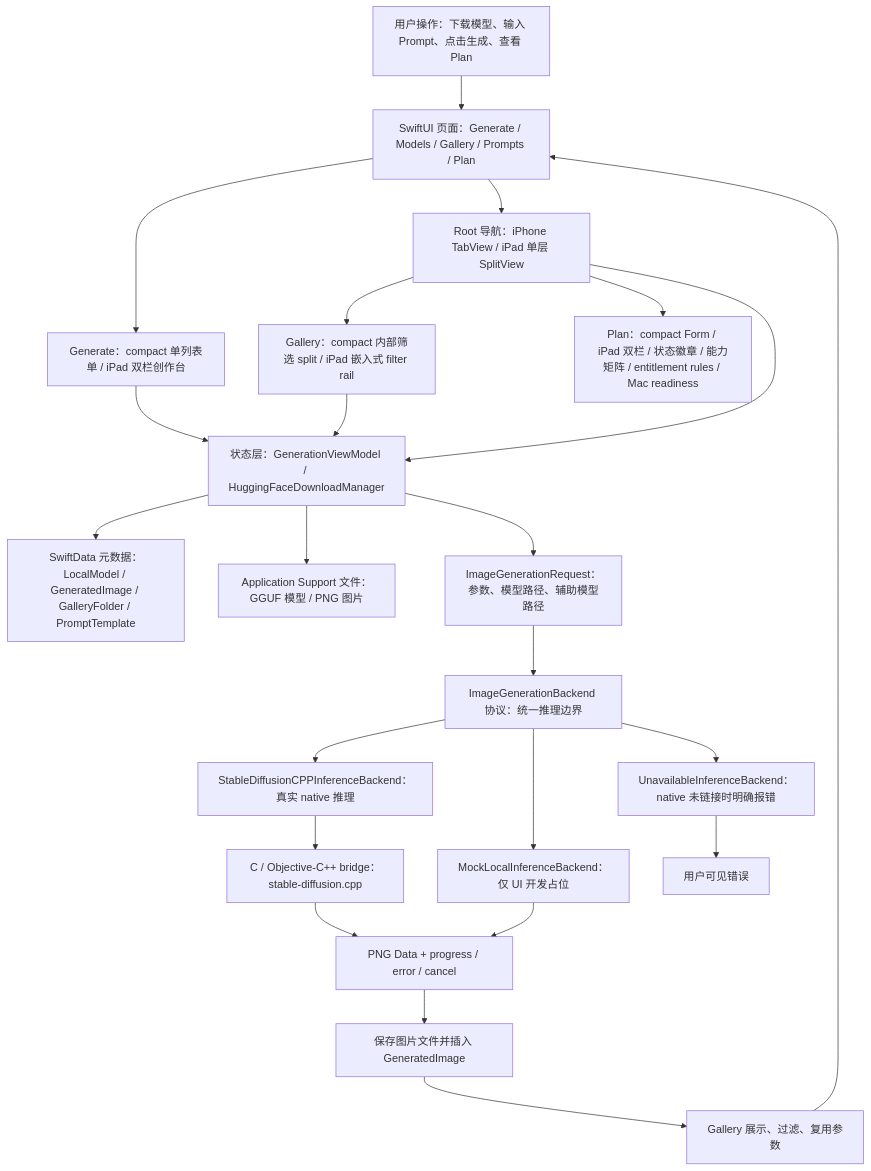
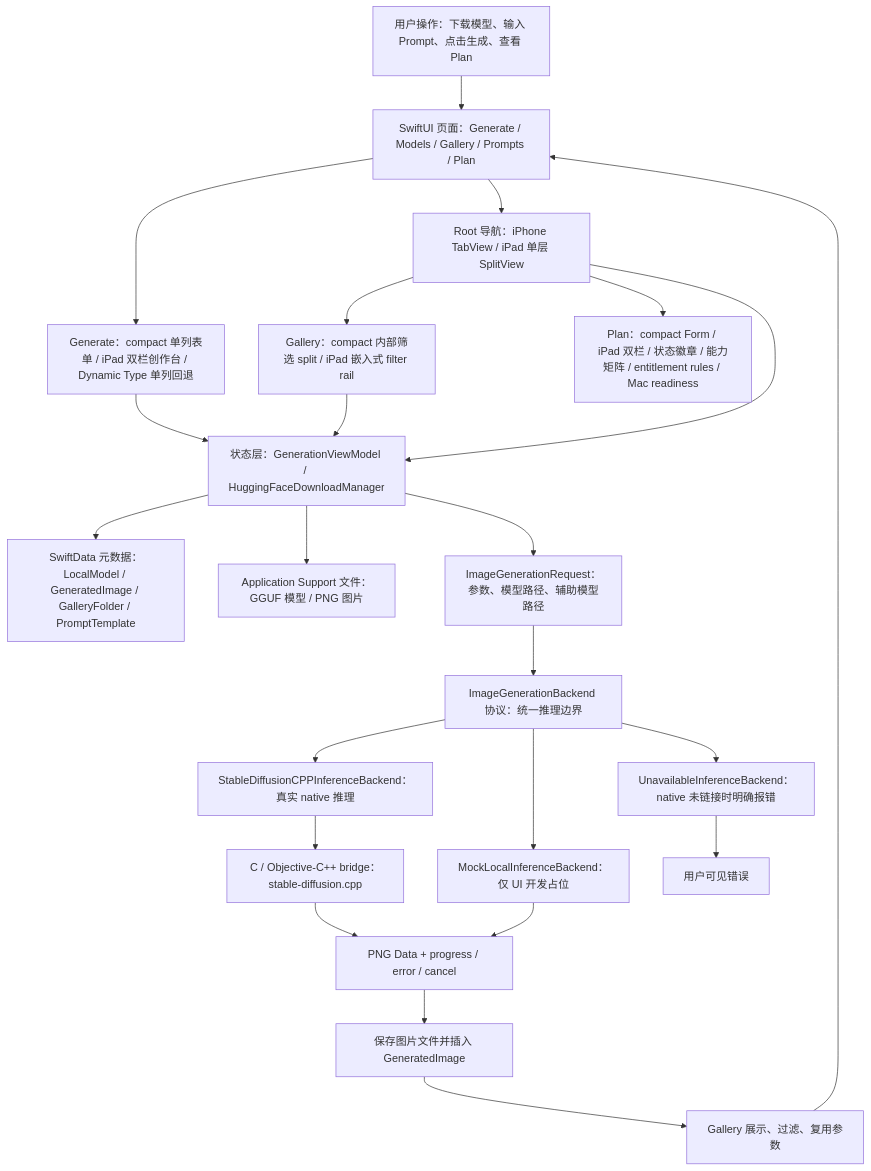
One commit to Altman-sam114/118 changed the first of 7 diagrams in md/flow/flowchart.md. Above: the diagram before and after it, drawn with Mermaid. The commit also changed 5 other files, not shown here.

````diff
--- a/md/flow/flowchart.md
+++ b/md/flow/flowchart.md
@@ -9,25 +9,25 @@
 ```mermaid
 flowchart TD
   U["用户操作：下载模型、输入 Prompt、点击生成、查看 Plan"] --> UI["SwiftUI 页面：Generate / Models / Gallery / Prompts / Plan"]
-  UI --> GENUI["Generate：compact 单列表单 / iPad 双栏创作台"]
+  UI --> GENUI["Generate：compact 单列表单 / iPad 双栏创作台 / Dynamic Type 单列回退"]
   UI --> NAV["Root 导航：iPhone TabView / iPad 单层 SplitView"]
   NAV --> GALUI["Gallery：compact 内部筛选 split / iPad 嵌入式 filter rail"]
   NAV --> PLANUI["Plan：compact Form / iPad 双栏 / 状态徽章 / 能力矩阵 / entitlement rules / Mac readiness"]
   NAV --> VM["状态层：GenerationViewModel / HuggingFaceDownloadManager"]
   GENUI --> VM
   GALUI --> VM
   VM --> SD["SwiftData 元数据：LocalModel / GeneratedImage / GalleryFolder / PromptTemplate"]
   VM --> FS["Application Support 文件：GGUF 模型 / PNG 图片"]
   VM --> REQ["ImageGenerationRequest：参数、模型路径、辅助模型路径"]
   REQ --> IFACE["ImageGenerationBackend 协议：统一推理边界"]
   IFACE --> NATIVE["StableDiffusionCPPInferenceBackend：真实 native 推理"]
   IFACE --> MOCK["MockLocalInferenceBackend：仅 UI 开发占位"]
   IFACE --> OFF["UnavailableInferenceBackend：native 未链接时明确报错"]
   NATIVE --> BRIDGE["C / Objective-C++ bridge：stable-diffusion.cpp"]
   BRIDGE --> PNG["PNG Data + progress / error / cancel"]
   MOCK --> PNG
   OFF --> ERR["用户可见错误"]
   PNG --> SAVE["保存图片文件并插入 GeneratedImage"]
   SAVE --> GALLERY["Gallery 展示、过滤、复用参数"]
   GALLERY --> UI
 ```
````
